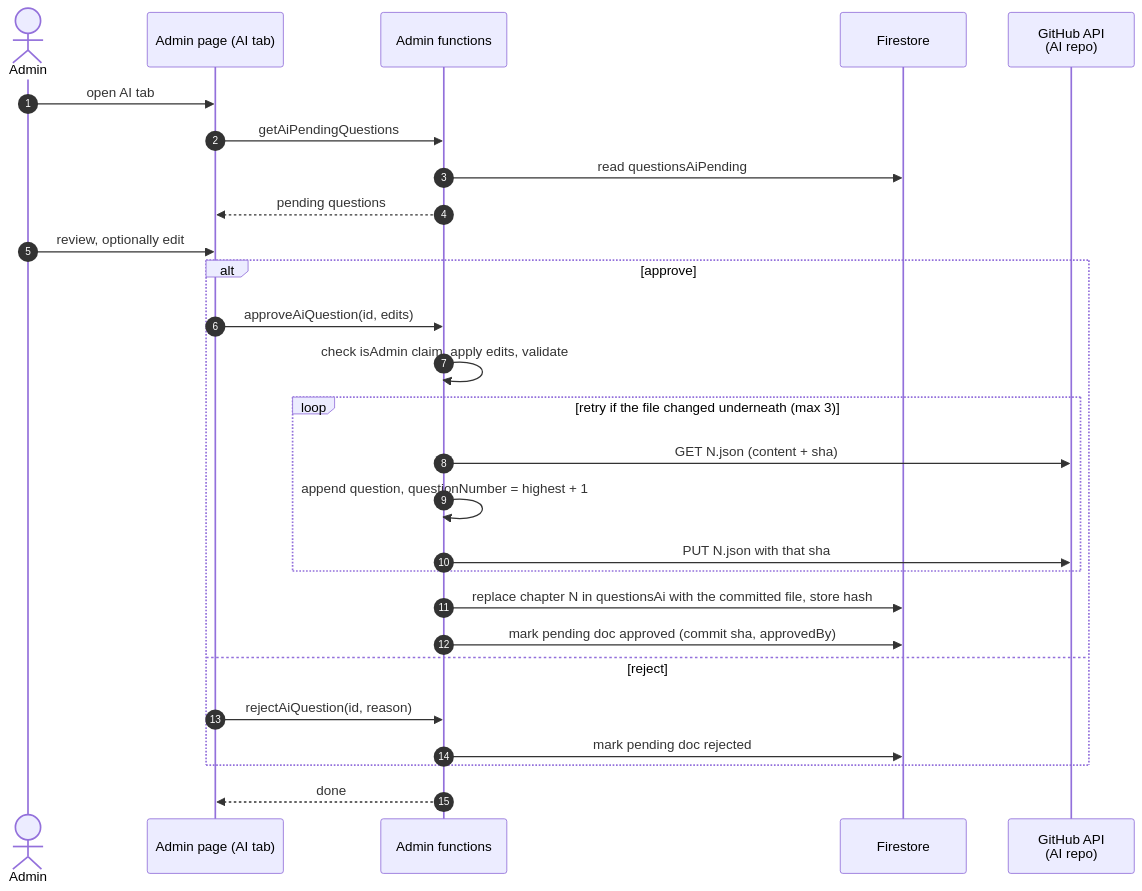
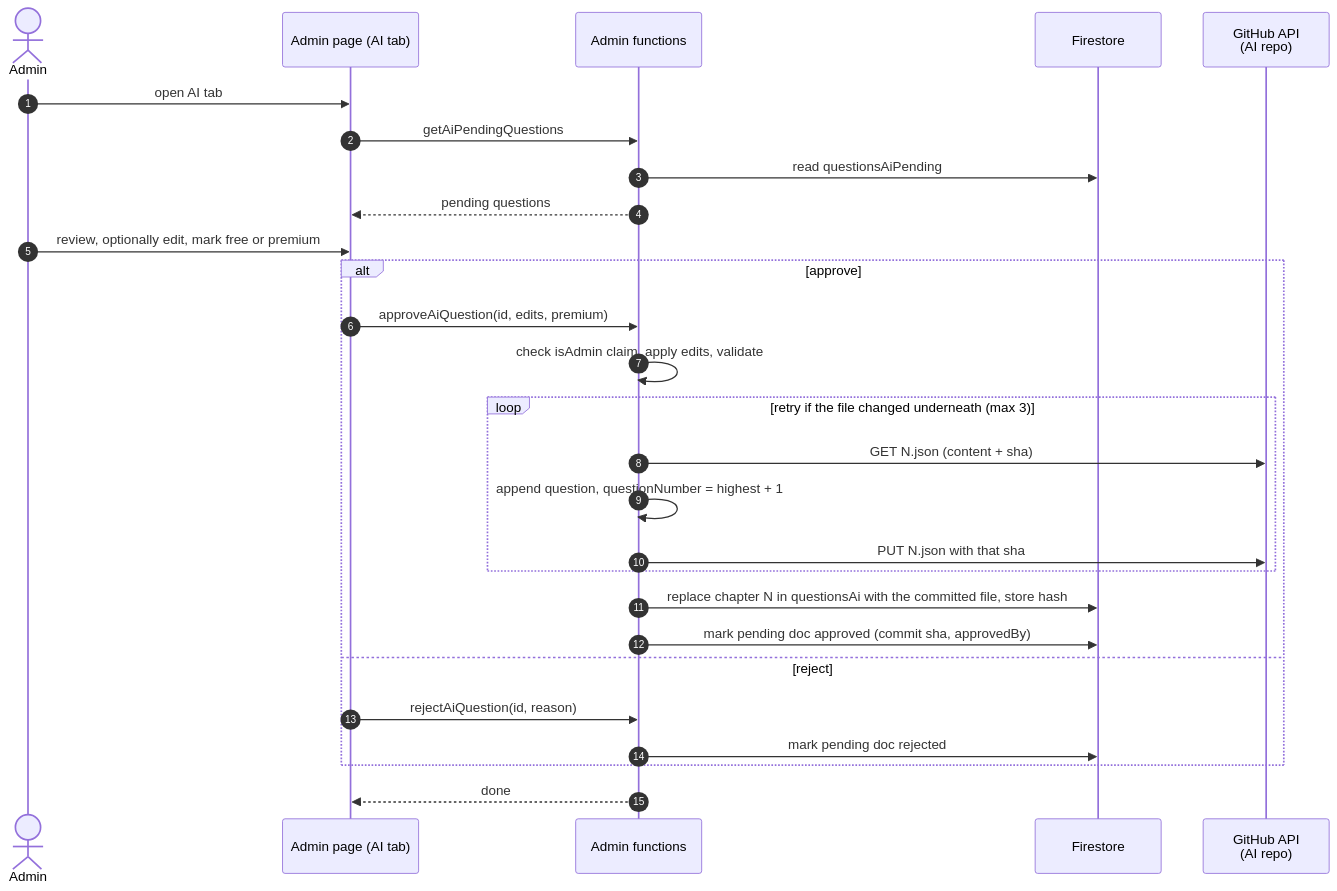
Before and after one commit to alexmcdermid/real-estate-quest: the third of 5 diagrams in docs/ai-question-flow.md, drawn with Mermaid. The commit also changed other lines of this file, not shown here.

First line of the commit message:
docs: record decisions on AI question access and volume

````diff
--- a/docs/ai-question-flow.md
+++ b/docs/ai-question-flow.md
@@ -92,30 +92,30 @@
 ```mermaid
 sequenceDiagram
   autonumber
   actor A as Admin
   participant UI as Admin page (AI tab)
   participant FN as Admin functions
   participant F as Firestore
   participant GH as GitHub API<br/>(AI repo)
 
   A->>UI: open AI tab
   UI->>FN: getAiPendingQuestions
   FN->>F: read questionsAiPending
   FN-->>UI: pending questions
-  A->>UI: review, optionally edit
+  A->>UI: review, optionally edit, mark free or premium
   alt approve
-    UI->>FN: approveAiQuestion(id, edits)
+    UI->>FN: approveAiQuestion(id, edits, premium)
     FN->>FN: check isAdmin claim, apply edits, validate
     loop retry if the file changed underneath (max 3)
       FN->>GH: GET N.json (content + sha)
       FN->>FN: append question, questionNumber = highest + 1
       FN->>GH: PUT N.json with that sha
     end
     FN->>F: replace chapter N in questionsAi with the committed file, store hash
     FN->>F: mark pending doc approved (commit sha, approvedBy)
   else reject
     UI->>FN: rejectAiQuestion(id, reason)
     FN->>F: mark pending doc rejected
   end
   FN-->>UI: done
 ```
````
